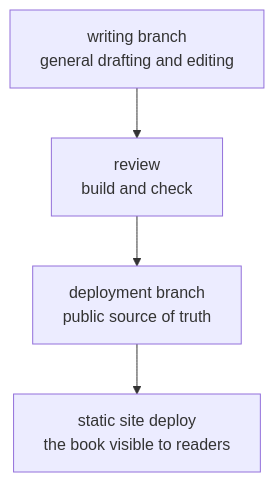
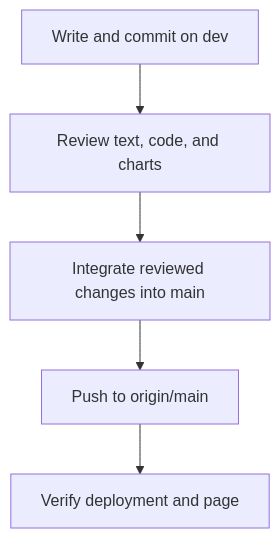
One commit to devchan64/AiBook changed the diagram in docs/assets/part-02/chapter-14/branch-review-deploy-flow-en.mmd. Above: the diagram before and after it, drawn with Mermaid. The commit also changed 16 other files, not shown here.

```diff
--- a/docs/assets/part-02/chapter-14/branch-review-deploy-flow-en.mmd
+++ b/docs/assets/part-02/chapter-14/branch-review-deploy-flow-en.mmd
@@ -1,7 +1,8 @@
 flowchart TD
-  A["writing branch<br/>general drafting and editing"]
-  B["review<br/>build and check"]
-  C["deployment branch<br/>public source of truth"]
-  D["static site deploy<br/>the book visible to readers"]
+  A["Write and commit on dev"]
+  B["Review text, code, and charts"]
+  C["Integrate reviewed changes into main"]
+  D["Push to origin/main"]
+  E["Verify deployment and page"]
 
-  A --> B --> C --> D
+  A --> B --> C --> D --> E
```
